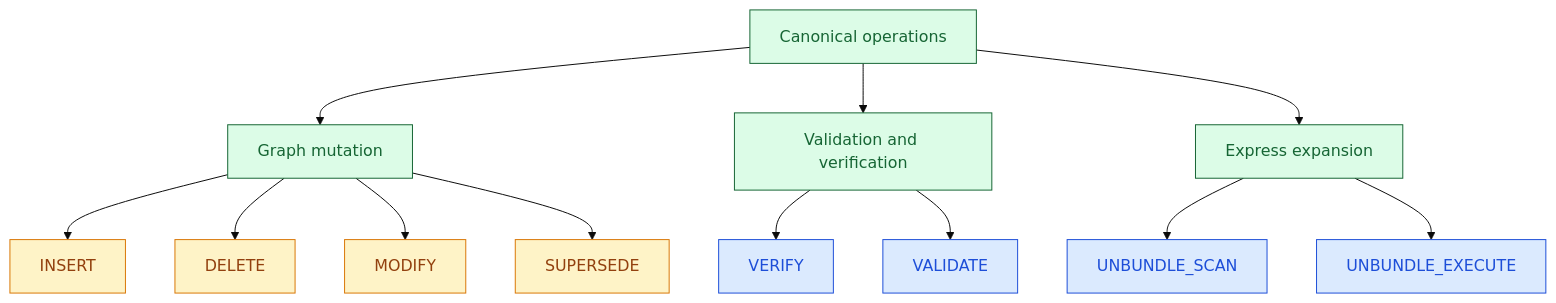
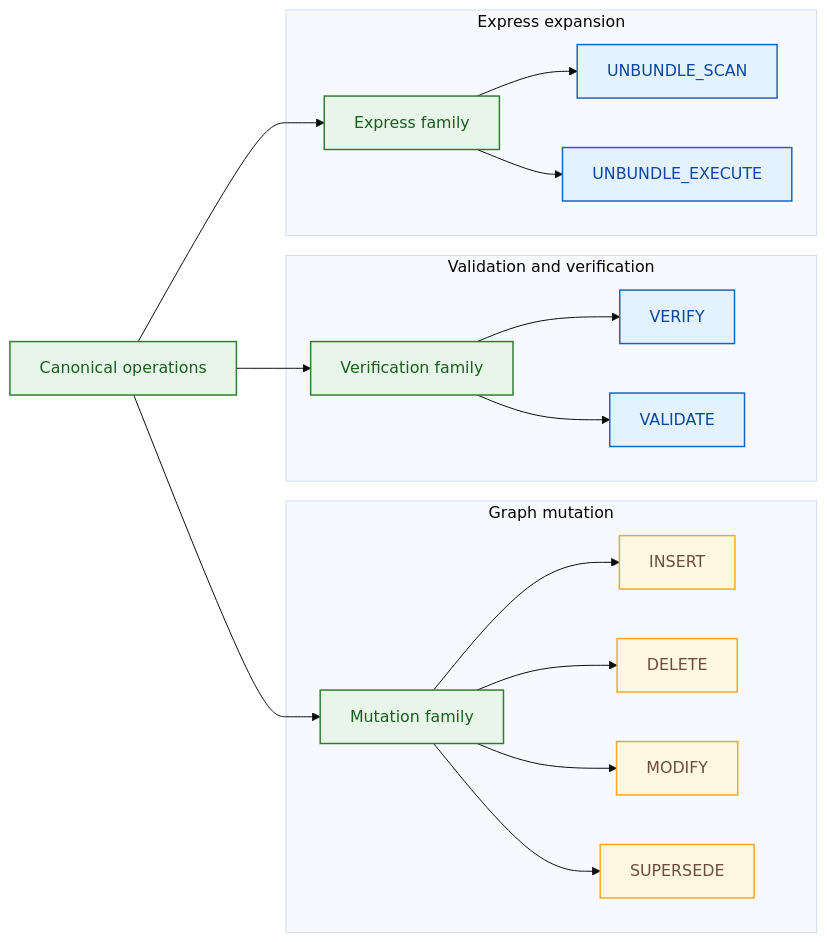
One commit to formosa/Antigravity changed diagram 14 of 28 in .agent/assets/proposals/active/v6.3/ddr_ref_manual_v6.3.md. Above: the diagram before and after it, drawn with Mermaid (base theme). The commit also changed other lines of this file, not shown here.

Commit message:
docs: add DDR System v6.3 reference manual with authority and operational guidelines

````diff
--- a/.agent/assets/proposals/active/v6.3/ddr_ref_manual_v6.3.md
+++ b/.agent/assets/proposals/active/v6.3/ddr_ref_manual_v6.3.md
@@ -1170,21 +1177,42 @@
 ```mermaid
-flowchart TB
-    OPS["Canonical operations"] --> MUT["Graph mutation"]
-    OPS --> CHECK["Validation and verification"]
-    OPS --> EXP["Express expansion"]
-    MUT --> INSERT["INSERT"]
-    MUT --> DELETE["DELETE"]
-    MUT --> MODIFY["MODIFY"]
-    MUT --> SUPERSEDE["SUPERSEDE"]
-    CHECK --> VERIFY["VERIFY"]
-    CHECK --> VALIDATE["VALIDATE"]
-    EXP --> SCAN["UNBUNDLE_SCAN"]
-    EXP --> EXEC["UNBUNDLE_EXECUTE"]
+flowchart LR
+    accTitle: Canonical operation families
+    accDescr: Groups the closed DDR operation namespace into mutation, verification, and Express-mode families.
+    OPS["Canonical operations"]
+    subgraph MUT["Graph mutation"]
+        MUTH["Mutation family"]
+        INSERT["INSERT"]
+        DELETE["DELETE"]
+        MODIFY["MODIFY"]
+        SUPERSEDE["SUPERSEDE"]
+        MUTH --> INSERT
+        MUTH --> DELETE
+        MUTH --> MODIFY
+        MUTH --> SUPERSEDE
+    end
+    subgraph CHECK["Validation and verification"]
+        CHECKH["Verification family"]
+        VERIFY["VERIFY"]
+        VALIDATE["VALIDATE"]
+        CHECKH --> VERIFY
+        CHECKH --> VALIDATE
+    end
+    subgraph EXP["Express expansion"]
+        EXPH["Express family"]
+        SCAN["UNBUNDLE_SCAN"]
+        EXEC["UNBUNDLE_EXECUTE"]
+        EXPH --> SCAN
+        EXPH --> EXEC
+    end
 
-    classDef normative fill:#dcfce7,stroke:#166534,color:#166534;
-    classDef schema fill:#dbeafe,stroke:#1d4ed8,color:#1d4ed8;
-    classDef caution fill:#fef3c7,stroke:#d97706,color:#92400e;
-    class OPS,MUT,CHECK,EXP normative;
+    OPS --> MUTH
+    OPS --> CHECKH
+    OPS --> EXPH
+
+    classDef normative fill:#e8f5e9,stroke:#2e7d32,color:#1b5e20,stroke-width:1.5px;
+    classDef schema fill:#e3f2fd,stroke:#1565c0,color:#0d47a1,stroke-width:1.5px;
+    classDef caution fill:#fff8e1,stroke:#f9a825,color:#6d4c41,stroke-width:1.5px;
+    class OPS,MUTH,CHECKH,EXPH normative;
     class INSERT,DELETE,MODIFY,SUPERSEDE caution;
     class VERIFY,VALIDATE,SCAN,EXEC schema;
 ```
````
